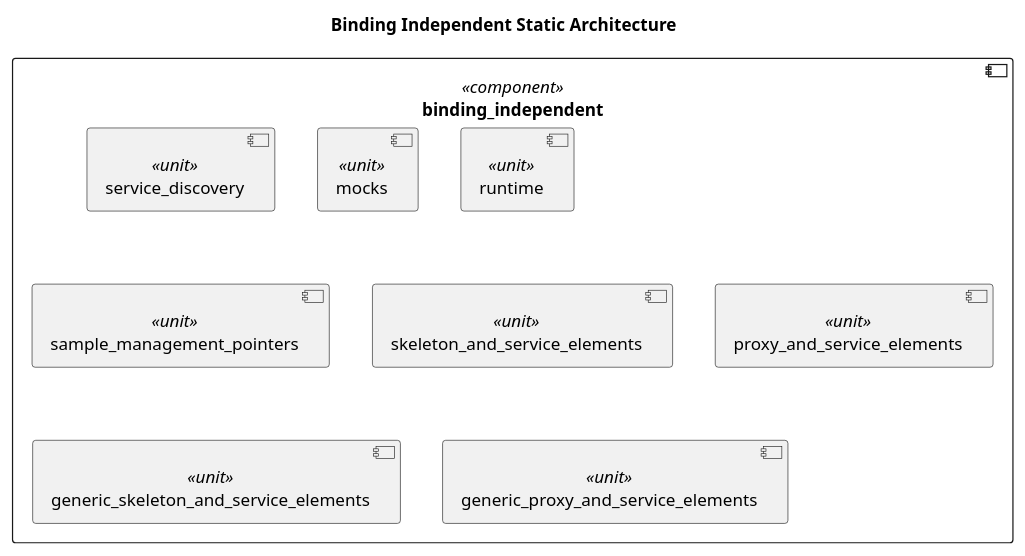
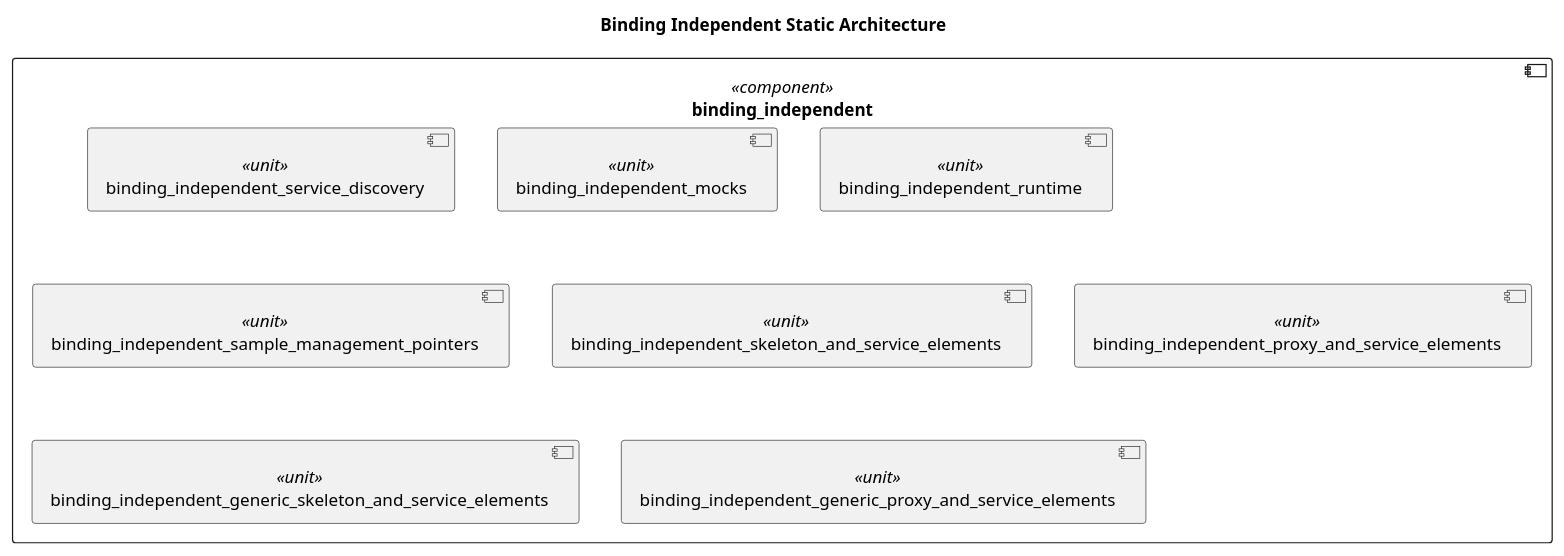
One commit to eclipse-score/communication changed the diagram in score/mw/com/dependability/architectural_design/static_design/binding_independent.puml. Above: the diagram before and after it, drawn with PlantUML. The commit also changed 10 other files, not shown here.

```diff
--- a/score/mw/com/dependability/architectural_design/static_design/binding_independent.puml
+++ b/score/mw/com/dependability/architectural_design/static_design/binding_independent.puml
@@ -13,19 +13,19 @@
 @startuml safety_sentinel_binding_independent_design
 title "Binding Independent Static Architecture"
 
 component binding_independent <<component>> {
-  component service_discovery <<unit>>
-  component mocks <<unit>>
-  component runtime <<unit>>
-  component sample_management_pointers <<unit>>
+  component binding_independent_service_discovery <<unit>>
+  component binding_independent_mocks <<unit>>
+  component binding_independent_runtime <<unit>>
+  component binding_independent_sample_management_pointers <<unit>>
 
-  component skeleton_and_service_elements <<unit>>
+  component binding_independent_skeleton_and_service_elements <<unit>>
 
-  component proxy_and_service_elements <<unit>>
+  component binding_independent_proxy_and_service_elements <<unit>>
 
-  component generic_skeleton_and_service_elements <<unit>>
+  component binding_independent_generic_skeleton_and_service_elements <<unit>>
 
-  component generic_proxy_and_service_elements <<unit>>
+  component binding_independent_generic_proxy_and_service_elements <<unit>>
 }
 
 @enduml
```
